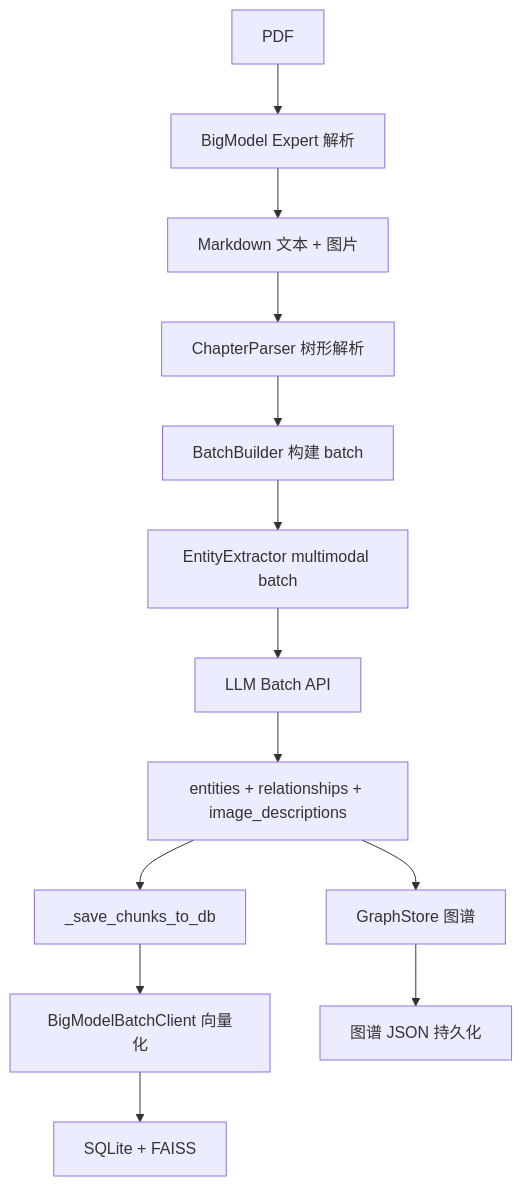
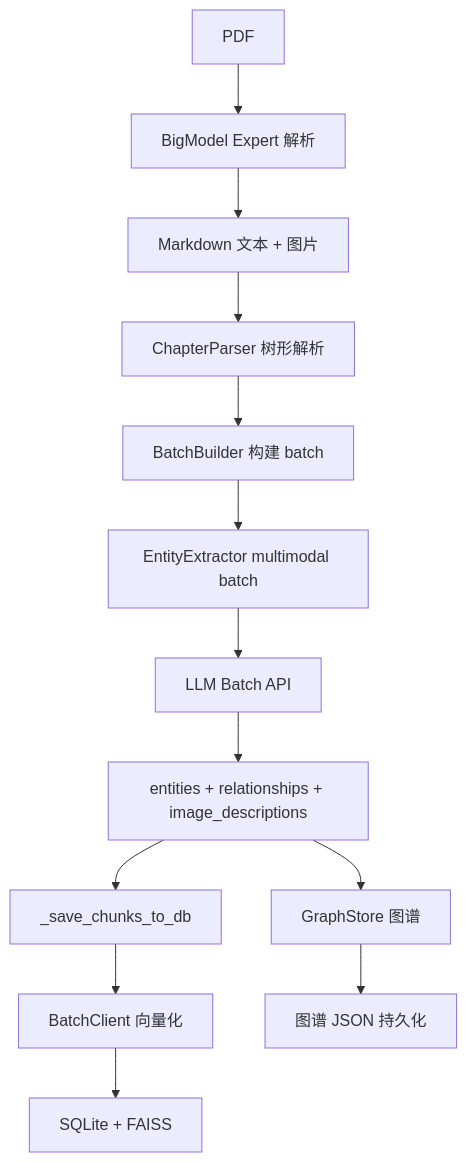
One commit to sjj-star/work-docs-library changed the diagram in README.md. Above: the diagram before and after it, drawn with Mermaid. The commit also changed other lines of this file and 3 other files, not shown here.

````diff
--- a/README.md
+++ b/README.md
@@ -38,15 +38,15 @@
 ```mermaid
 flowchart TB
     A[PDF] --> B[BigModel Expert 解析]
     B --> C[Markdown 文本 + 图片]
     C --> D[ChapterParser 树形解析]
     D --> E[BatchBuilder 构建 batch]
     E --> F[EntityExtractor multimodal batch]
     F --> G[LLM Batch API]
     G --> H[entities + relationships + image_descriptions]
     H --> I[GraphStore 图谱]
     H --> J[_save_chunks_to_db]
-    J --> K[BigModelBatchClient 向量化]
+    J --> K[BatchClient 向量化]
     K --> L[SQLite + FAISS]
     I --> M[图谱 JSON 持久化]
 ```
````
